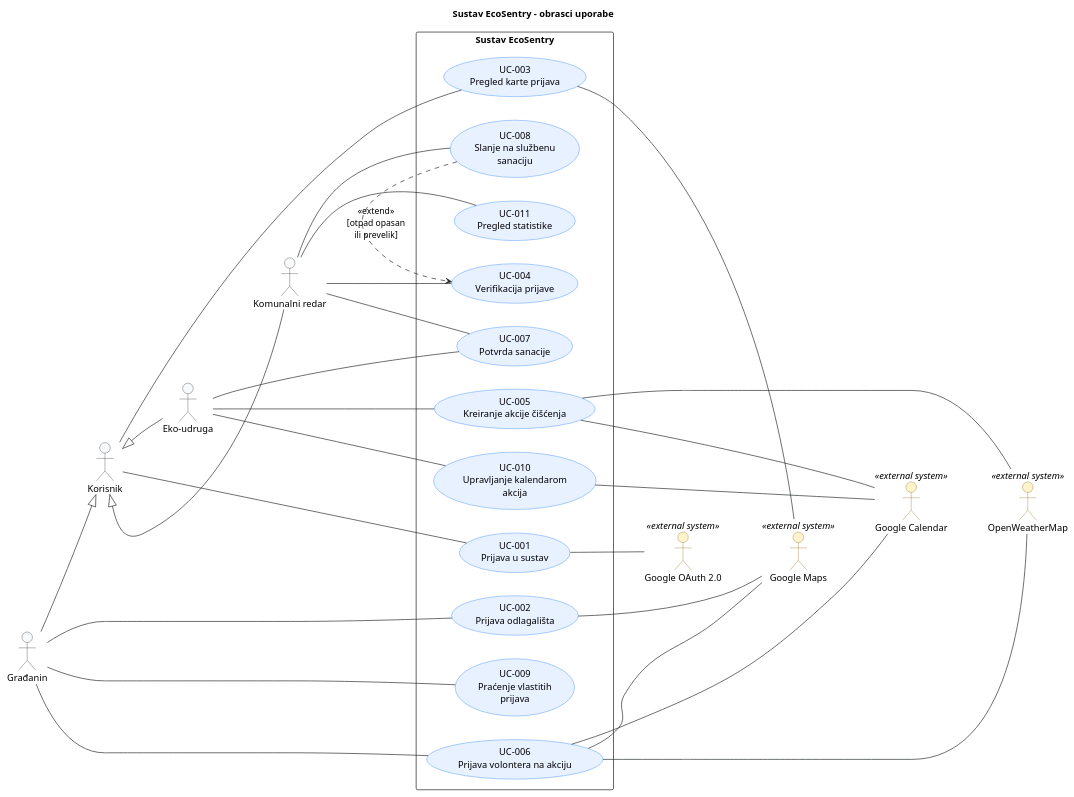
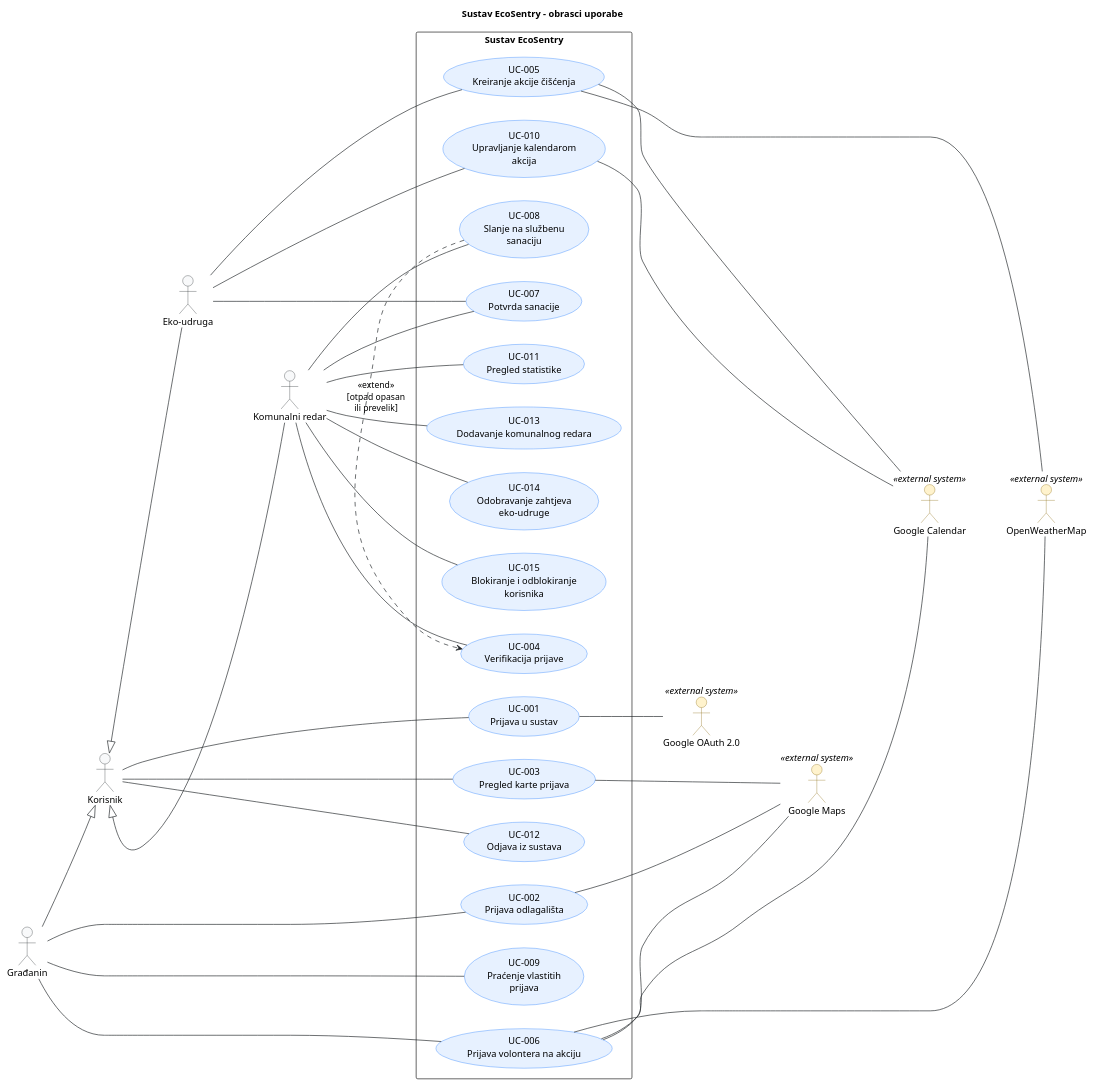
The diagram in docs/puml/3-1-ecosentry-system-UC.puml (garbage-collectors-fer/garbage-collectors), drawn with PlantUML before and after one commit.

Commit message:
Ažuriran UML dijagram obrazaca uporabe

```diff
--- a/docs/puml/3-1-ecosentry-system-UC.puml
+++ b/docs/puml/3-1-ecosentry-system-UC.puml
@@ -1,92 +1,100 @@
 @startuml
 title Sustav EcoSentry - obrasci uporabe
 left to right direction
 skinparam shadowing false
 skinparam defaultFontName Arial
 skinparam ArrowColor #212529
 
 skinparam actor {
     BackgroundColor #F8F9FA
     BorderColor #212529
     BackgroundColor<<external system>> #FFF3CD
     BorderColor<<external system>> #856404
 }
 
 skinparam usecase {
     BackgroundColor #E7F1FF
     BorderColor #0D6EFD
 }
 actor "Korisnik" as User
 actor "Građanin" as Gradan
 actor "Eko-udruga" as Udruga
 actor "Komunalni redar" as Redar
 
 actor "Google OAuth 2.0" as OAuth <<external system>>
 actor "Google Calendar" as Kalendar <<external system>>
 actor "OpenWeatherMap" as Weather <<external system>>
 actor "Google Maps" as Maps <<external system>>
 
 Gradan -[norank]|> User
 Redar -[norank]|> User
 Udruga -[norank]|> User
 
 Gradan -[hidden]down-> User
 User -[hidden]down-> Udruga
 Udruga -[hidden]down-> Redar
 
 
 OAuth -[hidden]down-> Maps
 Maps -[hidden]down-> Kalendar
 Kalendar -[hidden]down-> Weather
 
 
 rectangle "Sustav EcoSentry" {
     usecase "UC-002\nPrijava odlagališta" as UC002
     usecase "UC-009\nPraćenje vlastitih\nprijava" as UC009
     usecase "UC-006\nPrijava volontera na akciju" as UC006
 
     usecase "UC-001\nPrijava u sustav" as UC001
     usecase "UC-003\nPregled karte prijava" as UC003
 
 
     usecase "UC-005\nKreiranje akcije čišćenja" as UC005
     usecase "UC-010\nUpravljanje kalendarom\nakcija" as UC010
     usecase "UC-007\nPotvrda sanacije" as UC007
 
     usecase "UC-004\nVerifikacija prijave" as UC004
     usecase "UC-008\nSlanje na službenu\nsanaciju" as UC008
     usecase "UC-011\nPregled statistike" as UC011
+    usecase "UC-012\nOdjava iz sustava" as UC012
+    usecase "UC-013\nDodavanje komunalnog redara" as UC013
+    usecase "UC-014\nOdobravanje zahtjeva\neko-udruge" as UC014
+    usecase "UC-015\nBlokiranje i odblokiranje\nkorisnika" as UC015
 
 }
 
 User -- UC001
 Gradan -- UC002
 User -- UC003
 Redar -- UC004
 Udruga -- UC005
 Gradan -- UC006
 Udruga -- UC007
 Redar -- UC007
 Redar -- UC008
 Gradan -- UC009
 Udruga -- UC010
 Redar -- UC011
+User -- UC012
+Redar -- UC013
+Redar -- UC014
+Redar -- UC015
 
 UC008 .[norank].> UC004 : <<extend>>\n[otpad opasan\nili prevelik]
 
 UC001 -- OAuth
 UC002 -- Maps
 UC003 -- Maps
 UC005 -- Kalendar
 UC005 -- Weather
 UC006 -- Kalendar
 UC006 -- Maps
 UC006 -- Weather
 UC010 -- Kalendar
 
 
 
 
 
 
 @enduml
```
